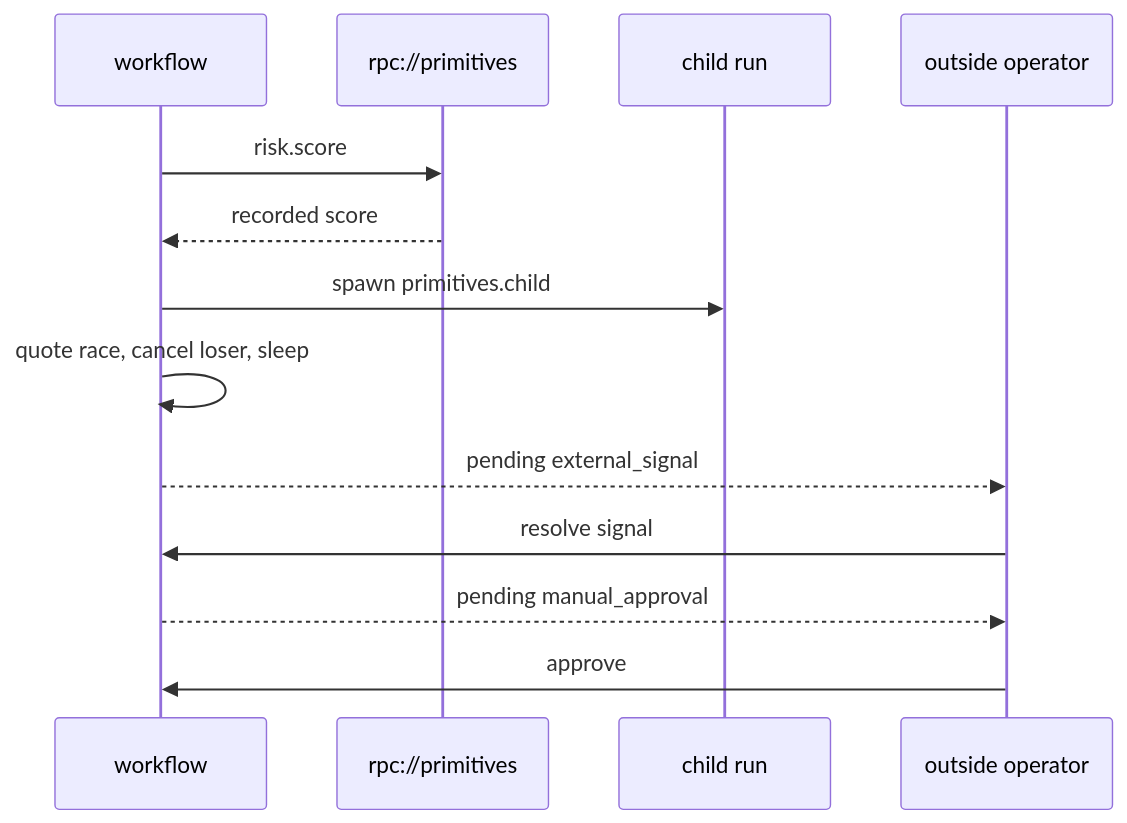
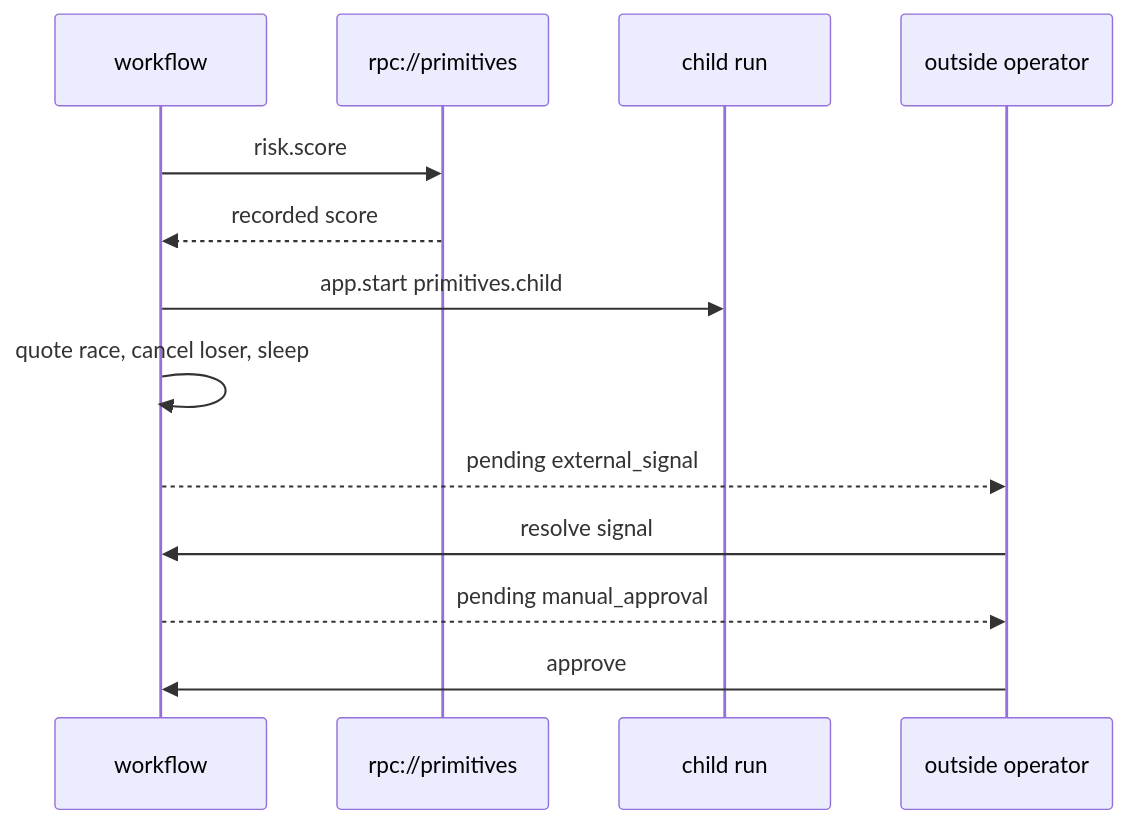
One commit to vedhlabs/sdk-examples changed the diagram in docs/primitives.md. Above: the diagram before and after it, drawn with Mermaid. The commit also changed other lines of this file and 24 other files, not shown here.

````diff
--- a/docs/primitives.md
+++ b/docs/primitives.md
@@ -34,15 +34,15 @@
 ```mermaid
 sequenceDiagram
     participant W as workflow
     participant R as rpc://primitives
     participant C as child run
     participant O as outside operator
     W->>R: risk.score
     R-->>W: recorded score
-    W->>C: spawn primitives.child
+    W->>C: app.start primitives.child
     W->>W: quote race, cancel loser, sleep
     W-->>O: pending external_signal
     O->>W: resolve signal
     W-->>O: pending manual_approval
     O->>W: approve
 ```
````
